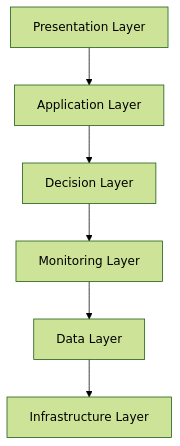
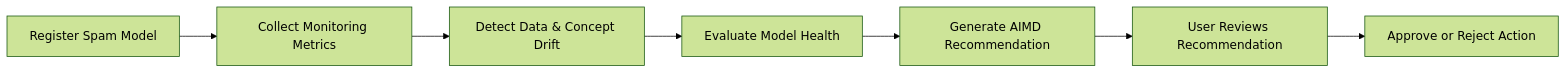
Before and after one commit to shailendrasinghrathore369/PhoenixML: the third of 5 diagrams in docs/03-architecture.md, drawn with Mermaid (forest theme). The commit also changed other lines of this file and 6 other files, not shown here.

````diff
--- a/docs/03-architecture.md
+++ b/docs/03-architecture.md
@@ -80,25 +348,11 @@
 ```mermaid
-flowchart TD
+flowchart LR
 
-A[Presentation Layer]
-
-B[Application Layer]
-
-C[Decision Layer]
-
-D[Monitoring Layer]
-
-E[Data Layer]
-
-F[Infrastructure Layer]
-
-A --> B
-
-B --> C
-
-C --> D
-
-D --> E
-
-E --> F
+A[Register Spam Model]
+--> B[Collect Monitoring Metrics]
+--> C[Detect Data & Concept Drift]
+--> D[Evaluate Model Health]
+--> E[Generate AIMD Recommendation]
+--> F[User Reviews Recommendation]
+--> G[Approve or Reject Action]
 ```
````
